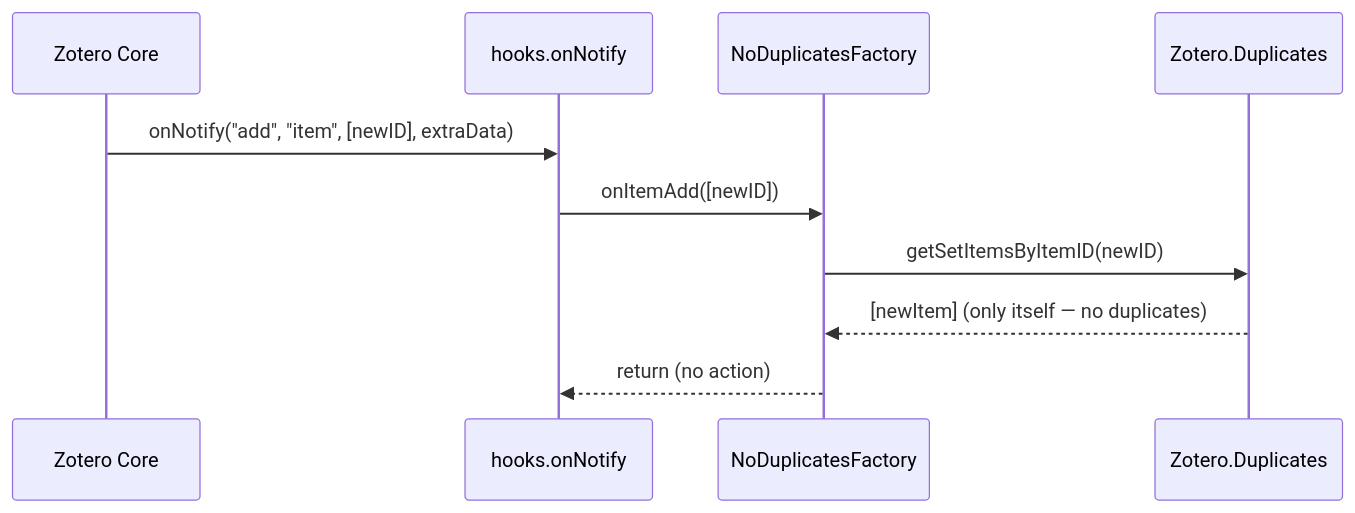
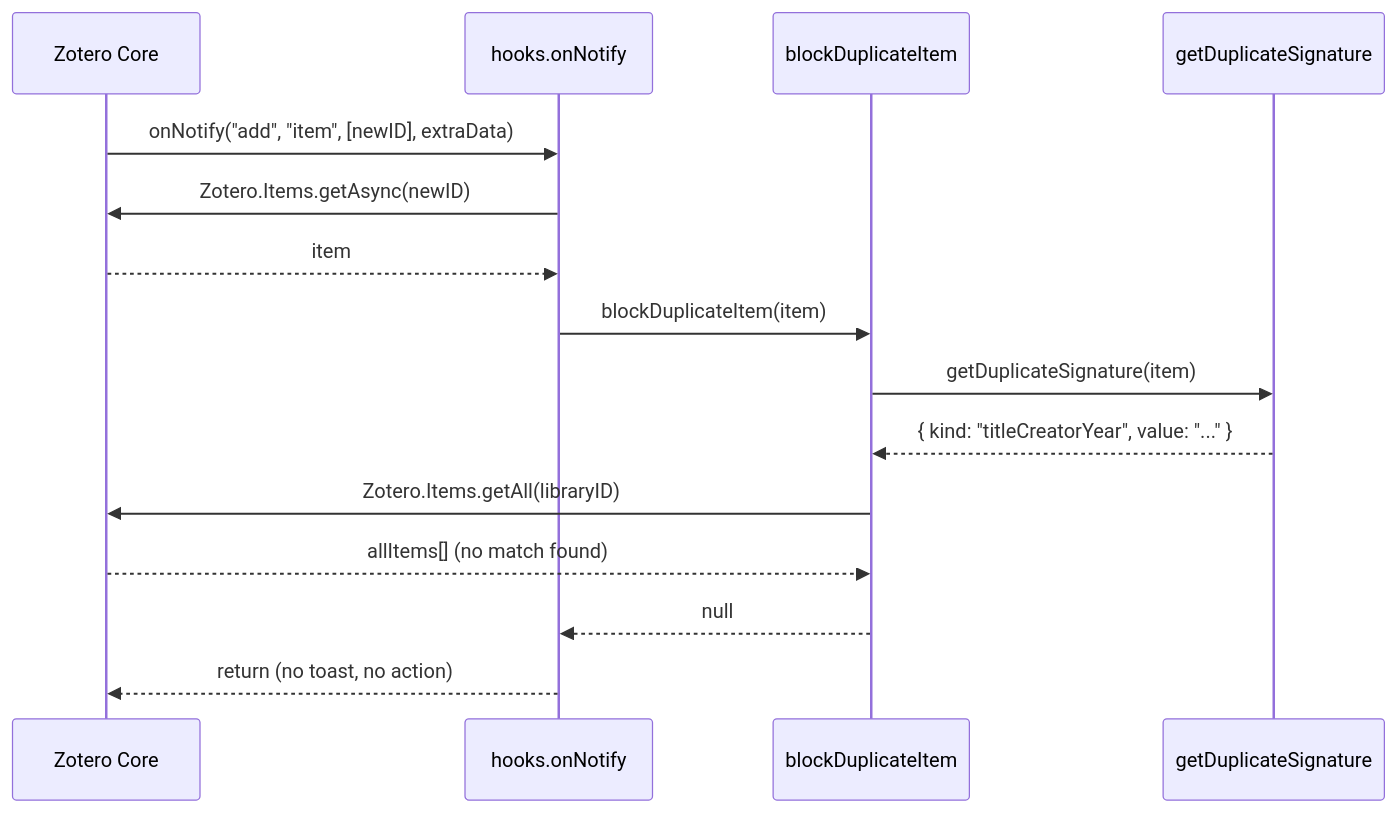
The third of 3 diagrams in .kiro/specs/zotero-duplicate-import-blocker/design.md (CommanderPho/zotero-plugin-noduplicates), drawn with Mermaid before and after one commit. The commit also changed other lines of this file and 8 other files, not shown here.

````diff
--- a/.kiro/specs/zotero-duplicate-import-blocker/design.md
+++ b/.kiro/specs/zotero-duplicate-import-blocker/design.md
@@ -87,13 +85,18 @@
 ```mermaid
 sequenceDiagram
     participant Z as Zotero Core
     participant H as hooks.onNotify
-    participant F as NoDuplicatesFactory
-    participant D as Zotero.Duplicates
+    participant BDI as blockDuplicateItem
+    participant SIG as getDuplicateSignature
 
     Z->>H: onNotify("add", "item", [newID], extraData)
-    H->>F: onItemAdd([newID])
-    F->>D: getSetItemsByItemID(newID)
-    D-->>F: [newItem] (only itself — no duplicates)
-    F-->>H: return (no action)
+    H->>Z: Zotero.Items.getAsync(newID)
+    Z-->>H: item
+    H->>BDI: blockDuplicateItem(item)
+    BDI->>SIG: getDuplicateSignature(item)
+    SIG-->>BDI: { kind: "titleCreatorYear", value: "..." }
+    BDI->>Z: Zotero.Items.getAll(libraryID)
+    Z-->>BDI: allItems[] (no match found)
+    BDI-->>H: null
+    H-->>Z: return (no toast, no action)
 ```
````
